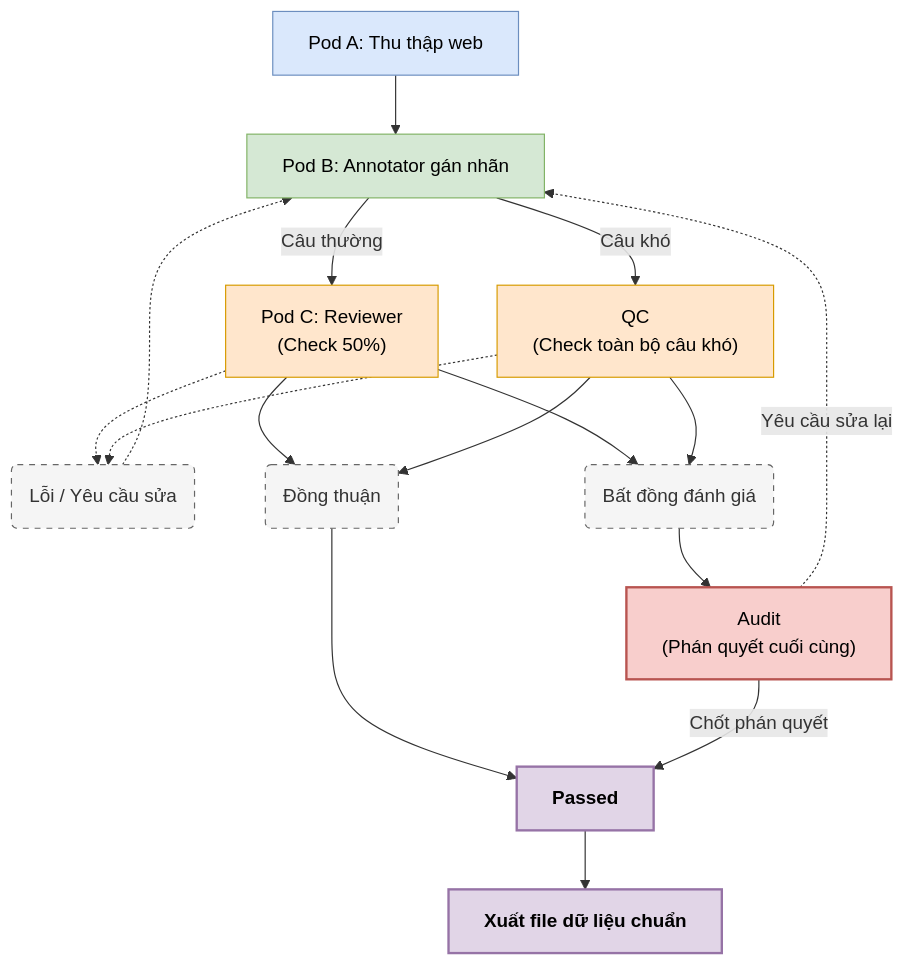
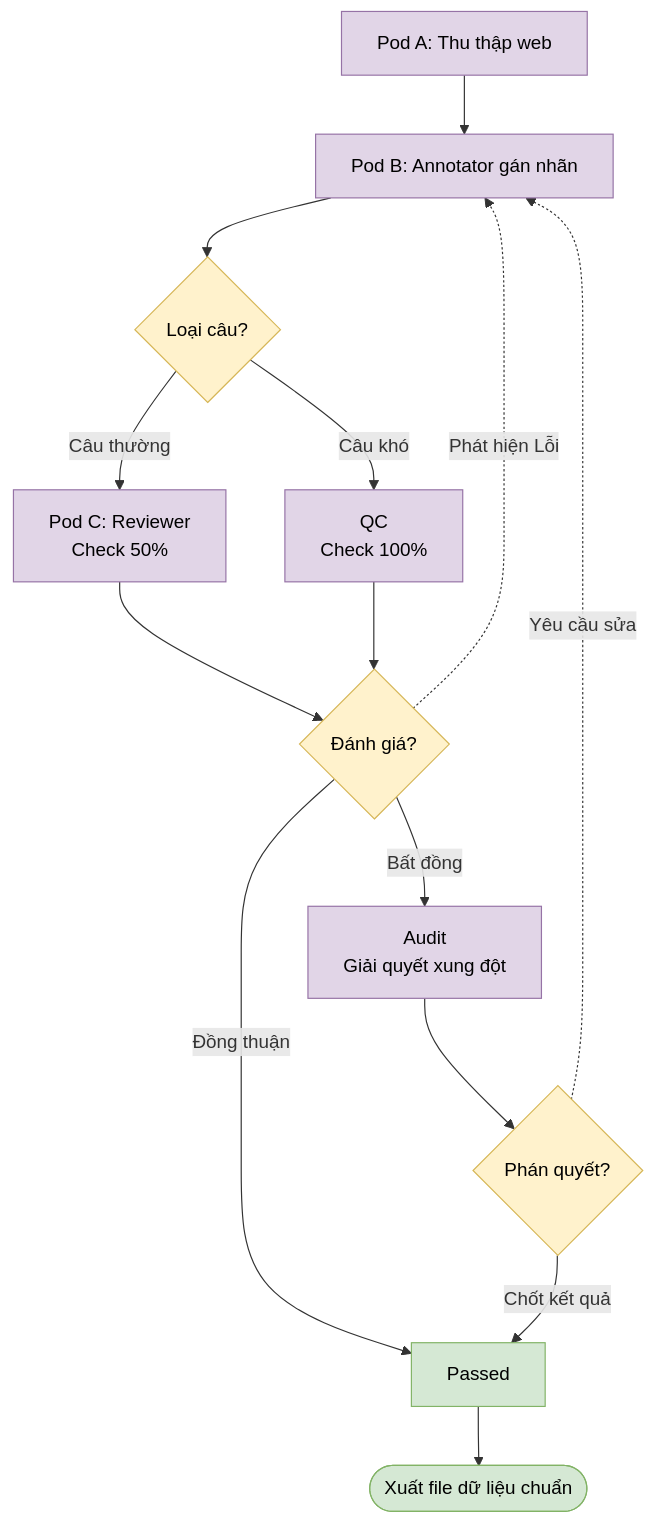
One commit to hoadm-net/ViChartQA changed the diagram in proposal.md. Above: the diagram before and after it, drawn with Mermaid.

Commit message:
Refactor Mermaid diagram to use proper flowchart syntax with decision diamonds

````diff
--- a/proposal.md
+++ b/proposal.md
@@ -123,40 +123,27 @@
 ```mermaid
-graph TD
-    classDef podA fill:#dae8fc,stroke:#6c8ebf,color:#000;
-    classDef podB fill:#d5e8d4,stroke:#82b366,color:#000;
-    classDef review fill:#ffe6cc,stroke:#d79b00,color:#000;
-    classDef audit fill:#f8cecc,stroke:#b85450,stroke-width:2px,color:#000;
-    classDef pass fill:#e1d5e7,stroke:#9673a6,stroke-width:2px,font-weight:bold,color:#000;
-    classDef state fill:#f5f5f5,stroke:#666,stroke-dasharray: 5 5,color:#333;
+flowchart TD
+    %% Khai báo Theme
+    classDef process fill:#e1d5e7,stroke:#9673a6,color:#000;
+    classDef decision fill:#fff2cc,stroke:#d6b656,color:#000;
+    classDef endnode fill:#d5e8d4,stroke:#82b366,color:#000;
 
-    P1["Pod A: Thu thập web"]:::podA --> P2["Pod B: Annotator gán nhãn"]:::podB
+    P1[Pod A: Thu thập web]:::process --> P2[Pod B: Annotator gán nhãn]:::process
     
-    P2 -->|"Câu thường"| P3["Pod C: Reviewer<br>(Check 50%)"]:::review
-    P2 -->|"Câu khó"| P4["QC<br>(Check toàn bộ câu khó)"]:::review
+    P2 --> Q_Type{Loại câu?}:::decision
     
-    %% Trạng thái trung gian để gom nhánh (tránh rối text đè lên đường kẻ)
-    S_Error("Lỗi / Yêu cầu sửa"):::state
-    S_Disagree("Bất đồng đánh giá"):::state
-    S_Agree("Đồng thuận"):::state
-
-    %% Gom nhánh Lỗi
-    P3 -.-> S_Error
-    P4 -.-> S_Error
-    S_Error -.-> P2
-
-    %% Gom nhánh Bất đồng
-    P3 --> S_Disagree
-    P4 --> S_Disagree
-    S_Disagree --> P5["Audit<br>(Phán quyết cuối cùng)"]:::audit
-
-    %% Nhánh Audit phản hồi
-    P5 -.->|"Yêu cầu sửa lại"| P2
-
-    %% Gom nhánh Đồng thuận
-    P3 --> S_Agree
-    P4 --> S_Agree
-    S_Agree --> P6["Passed"]:::pass
-    P5 -->|"Chốt phán quyết"| P6
+    Q_Type -->|Câu thường| P3[Pod C: Reviewer<br>Check 50%]:::process
+    Q_Type -->|Câu khó| P4[QC<br>Check 100%]:::process
     
-    P6 --> P7["Xuất file dữ liệu chuẩn"]:::pass
+    P3 --> Q_Result{Đánh giá?}:::decision
+    P4 --> Q_Result
+    
+    Q_Result -.->|Phát hiện Lỗi| P2
+    Q_Result -->|Bất đồng| P5[Audit<br>Giải quyết xung đột]:::process
+    Q_Result -->|Đồng thuận| P6[Passed]:::endnode
+    
+    P5 --> Q_Audit{Phán quyết?}:::decision
+    Q_Audit -.->|Yêu cầu sửa| P2
+    Q_Audit -->|Chốt kết quả| P6
+    
+    P6 --> P7([Xuất file dữ liệu chuẩn]):::endnode
 ```
````
